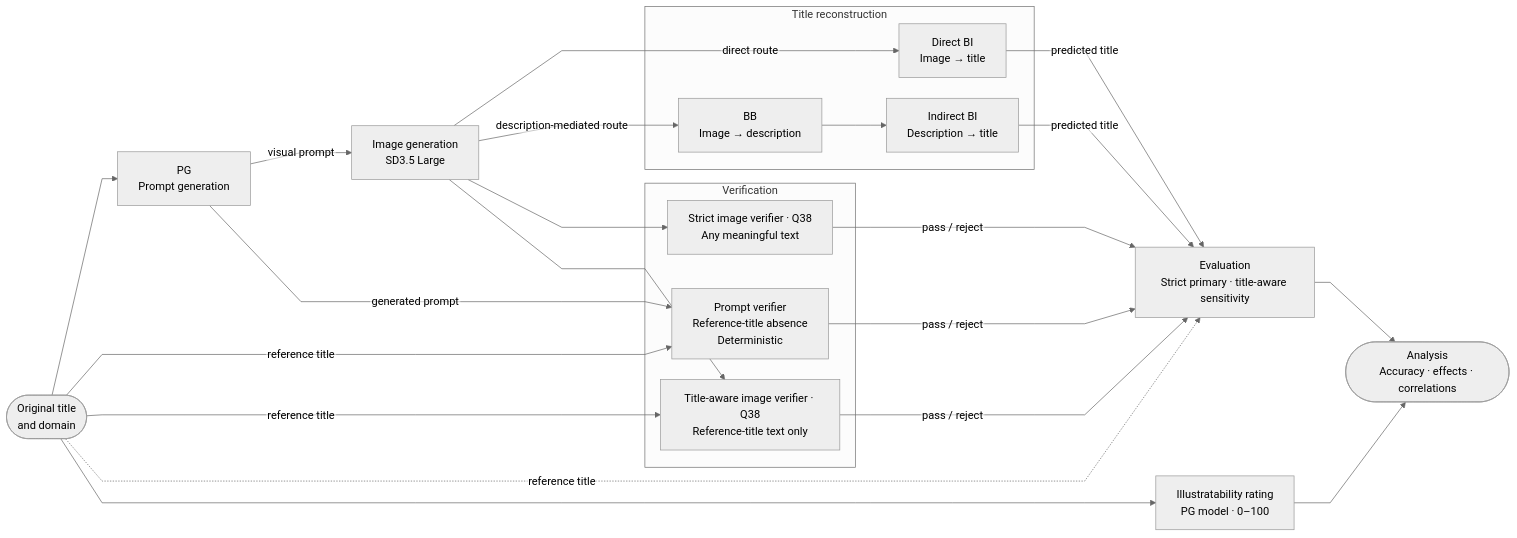
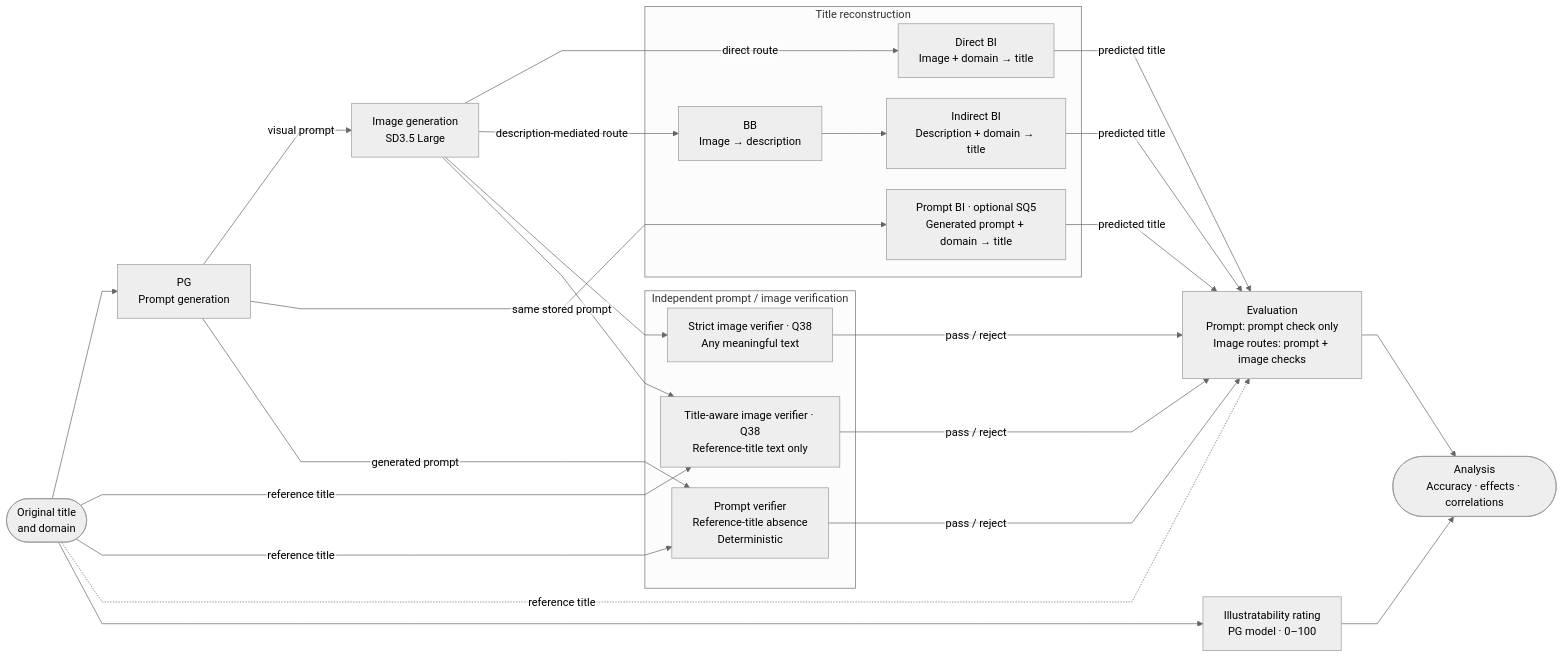
One commit to Michaelelelel/semantic_roundtrip changed the diagram in diagrams/pipeline.mmd. Above: the diagram before and after it, drawn with Mermaid. The commit also changed 223 other files, not shown here.

Commit message:
feat and fix: verifier ist now split into prompt and image verifer edit all yamls! + add missing pormpt title guessing

```diff
--- a/diagrams/pipeline.mmd
+++ b/diagrams/pipeline.mmd
@@ -1,56 +1,59 @@
 ---
 config:
   theme: neutral
   fontFamily: Arial, sans-serif
   flowchart:
     curve: linear
     nodeSpacing: 30
     rankSpacing: 45
     htmlLabels: false
   themeVariables:
     fontFamily: Arial, sans-serif
     fontSize: 16px
 ---
 flowchart LR
     %% Editable source for the thesis pipeline figure.
     title(["Original title<br/>and domain"])
     pg["PG<br/>Prompt generation"]
     image["Image generation<br/>SD3.5 Large"]
 
     subgraph reconstruction["Title reconstruction"]
-        direct["Direct BI<br/>Image → title"]
+        direct["Direct BI<br/>Image + domain → title"]
         bb["BB<br/>Image → description"]
-        indirect["Indirect BI<br/>Description → title"]
+        indirect["Indirect BI<br/>Description + domain → title"]
+        promptbi["Prompt BI · optional SQ5<br/>Generated prompt + domain → title"]
         bb --> indirect
     end
 
-    subgraph verification["Verification"]
-        promptverifier["Prompt verifier<br/>Reference-title absence<br/>Deterministic"]
+    subgraph verification["Independent prompt / image verification"]
         strictverifier["Strict image verifier · Q38<br/>Any meaningful text"]
         awareverifier["Title-aware image verifier · Q38<br/>Reference-title text only"]
+        promptverifier["Prompt verifier<br/>Reference-title absence<br/>Deterministic"]
     end
 
     rating["Illustratability rating<br/>PG model · 0–100"]
-    evaluation["Evaluation<br/>Strict primary · title-aware sensitivity"]
+    evaluation["Evaluation<br/>Prompt: prompt check only<br/>Image routes: prompt + image checks"]
     analysis(["Analysis<br/>Accuracy · effects · correlations"])
 
     title --> pg
     pg -->|visual prompt| image
+    pg -->|same stored prompt| promptbi
     image -->|direct route| direct
     image -->|description-mediated route| bb
     direct -->|predicted title| evaluation
     indirect -->|predicted title| evaluation
+    promptbi -->|predicted title| evaluation
 
-    pg -->|generated prompt| promptverifier
-    title -->|reference title| promptverifier
     image --> strictverifier
     image --> awareverifier
     title -->|reference title| awareverifier
+    pg -->|generated prompt| promptverifier
+    title -->|reference title| promptverifier
     promptverifier -->|pass / reject| evaluation
     strictverifier -->|pass / reject| evaluation
     awareverifier -->|pass / reject| evaluation
     title -.->|reference title| evaluation
 
     title --> rating
     rating --> analysis
     evaluation --> analysis
```
